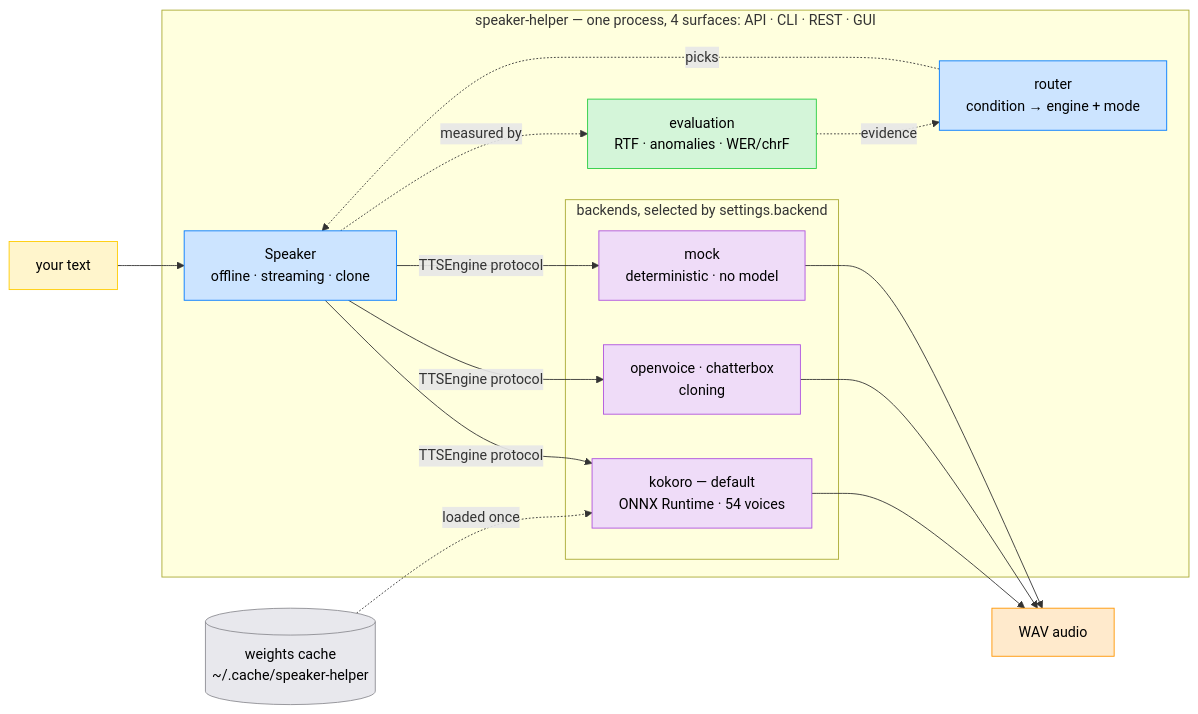
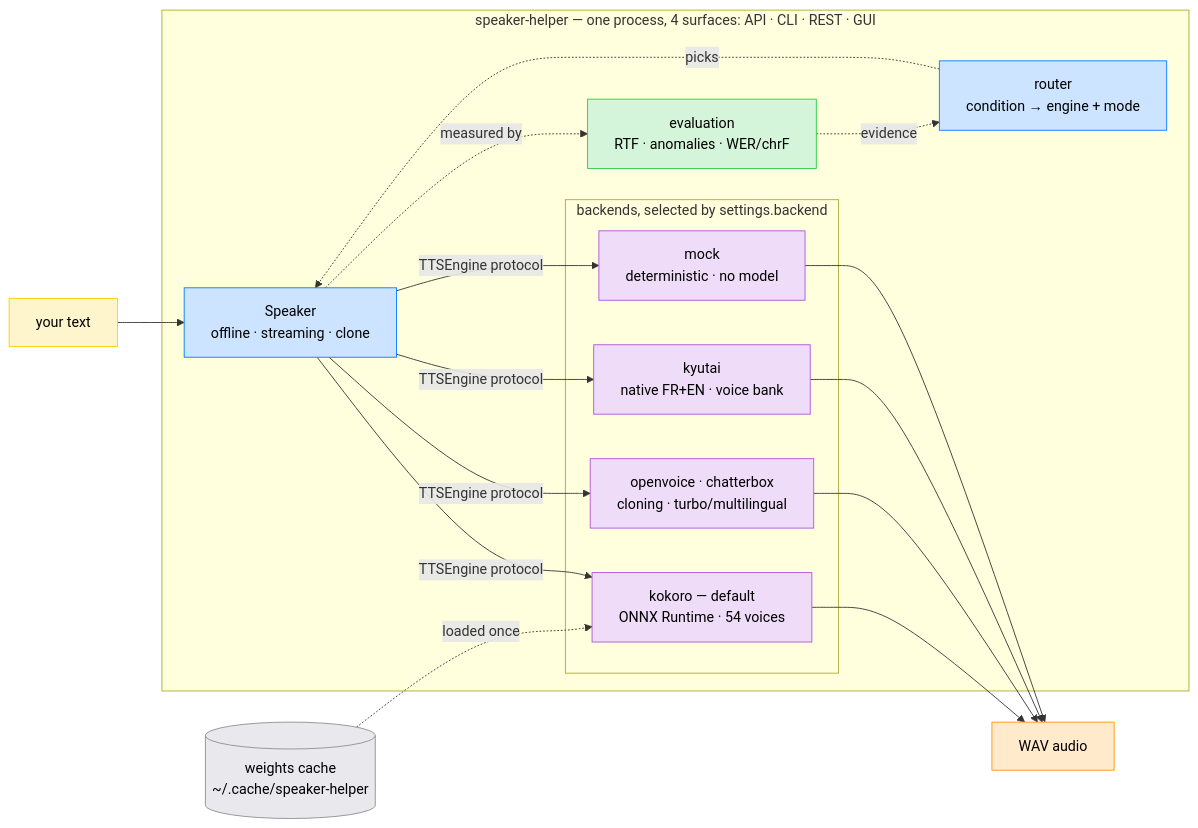
Before and after one commit to warith-harchaoui/speaker-helper: the diagram in README.md, drawn with Mermaid. The commit also changed other lines of this file and 2 other files, not shown here.

Commit message:
Docs : les jumeaux français rattrapent le lexique, le découpage et kyutai

````diff
--- a/README.md
+++ b/README.md
@@ -69,35 +84,38 @@
 ```mermaid
 flowchart LR
     text["your text"]:::input
     subgraph SH["speaker-helper — one process, 4 surfaces: API · CLI · REST · GUI"]
         speaker["Speaker<br/>offline · streaming · clone"]:::core
         router["router<br/>condition → engine + mode"]:::core
         eval["evaluation<br/>RTF · anomalies · WER/chrF"]:::eval
         subgraph BE["backends, selected by settings.backend"]
             kokoro["kokoro — default<br/>ONNX Runtime · 54 voices"]:::engine
-            clone["openvoice · chatterbox<br/>cloning"]:::engine
+            clone["openvoice · chatterbox<br/>cloning · turbo/multilingual"]:::engine
+            kyutai["kyutai<br/>native FR+EN · voice bank"]:::engine
             mock["mock<br/>deterministic · no model"]:::engine
         end
     end
     weights[("weights cache<br/>~/.cache/speaker-helper")]:::store
     audio["WAV audio"]:::output
 
     text --> speaker
     router -.->|picks| speaker
     speaker -- "TTSEngine protocol" --> kokoro
     speaker -- "TTSEngine protocol" --> clone
+    speaker -- "TTSEngine protocol" --> kyutai
     speaker -- "TTSEngine protocol" --> mock
     weights -.->|loaded once| kokoro
     kokoro --> audio
     clone --> audio
+    kyutai --> audio
     mock --> audio
     speaker -.->|measured by| eval
     eval -.->|evidence| router
 
     classDef input fill:#FFF5CC,stroke:#FFCC00,color:#000000
     classDef core fill:#CCE4FF,stroke:#007AFF,color:#000000
     classDef eval fill:#D4F5D9,stroke:#28CD41,color:#000000
     classDef engine fill:#EFDCF8,stroke:#AF52DE,color:#000000
     classDef store fill:#E8E8ED,stroke:#8E8E93,color:#000000
     classDef output fill:#FFEACC,stroke:#FF9500,color:#000000
 ```
````
